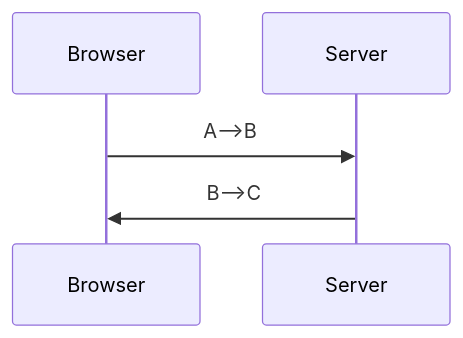
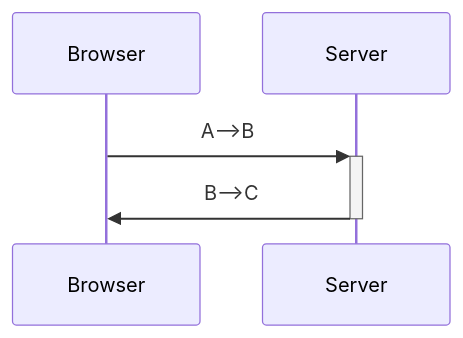
The diagram in osa0/osa0_tehtavat.md (eemeli3/fullstack_tehtavat), drawn with Mermaid before and after one commit.

````diff
--- a/osa0/osa0_tehtavat.md
+++ b/osa0/osa0_tehtavat.md
@@ -1,7 +1,7 @@
 ```mermaid
 sequenceDiagram;
     participant A as Browser;
     participant B as Server;
-    A->>B: A-->B;
-    B->>A: B-->C;
+    A->>+B: A-->B;
+    B->>-A: B-->C;
 ```
````
